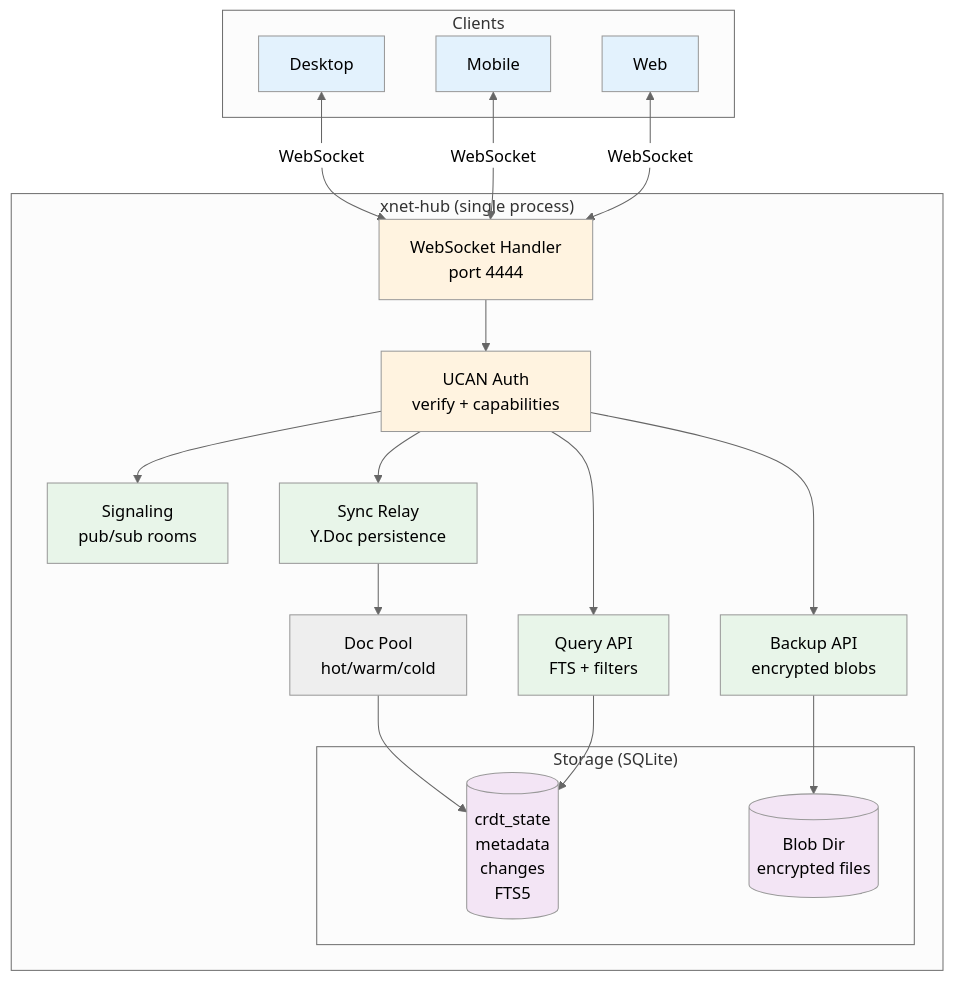
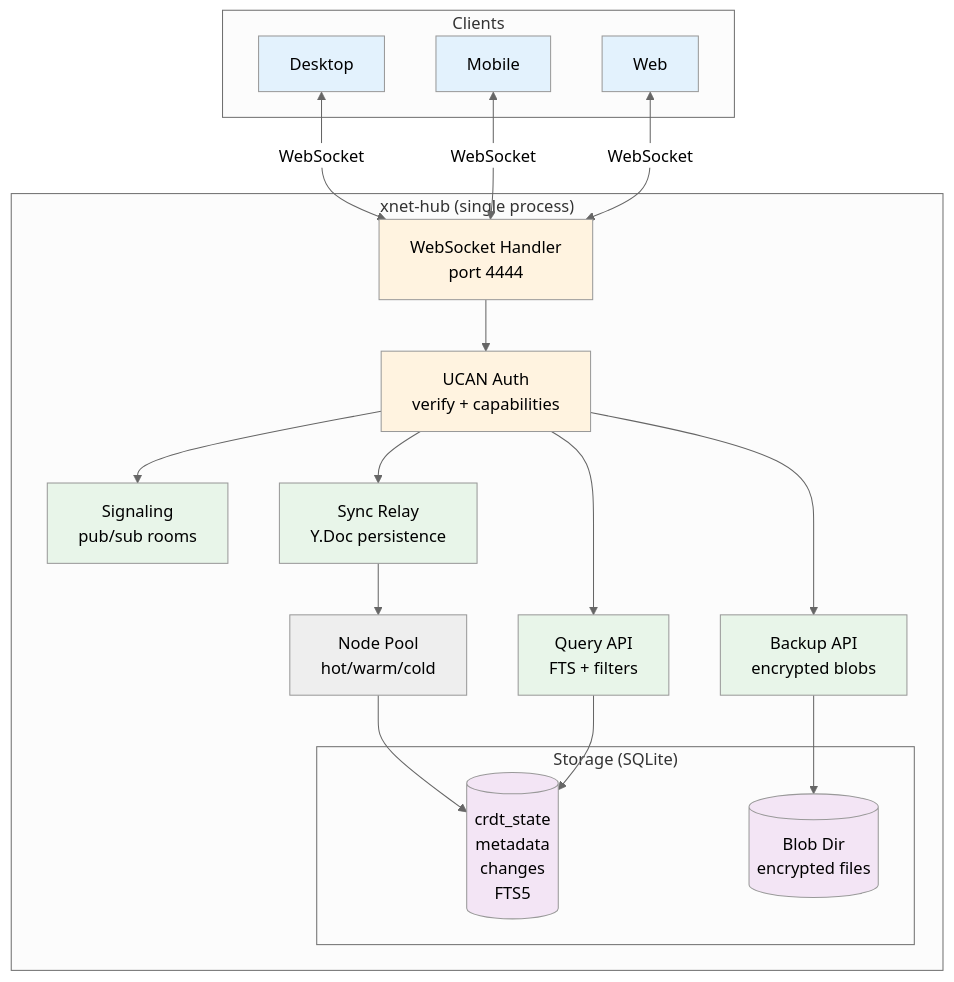
The diagram in docs/planStep03_8HubPhase1VPS/README.md (crs48/xNet), drawn with Mermaid (neutral theme) before and after one commit. The commit also changed other lines of this file and 34 other files, not shown here.

````diff
--- a/docs/planStep03_8HubPhase1VPS/README.md
+++ b/docs/planStep03_8HubPhase1VPS/README.md
@@ -37,53 +37,53 @@
 ```mermaid
 flowchart TB
     subgraph "Clients"
         C1[Desktop]
         C2[Mobile]
         C3[Web]
     end
 
     subgraph "xnet-hub (single process)"
         WS[WebSocket Handler<br/>port 4444]
 
         AUTH[UCAN Auth<br/>verify + capabilities]
 
         SIG[Signaling<br/>pub/sub rooms]
         RELAY[Sync Relay<br/>Y.Doc persistence]
         BACKUP[Backup API<br/>encrypted blobs]
         QUERY[Query API<br/>FTS + filters]
 
         WS --> AUTH
         AUTH --> SIG
         AUTH --> RELAY
         AUTH --> BACKUP
         AUTH --> QUERY
 
-        POOL[Doc Pool<br/>hot/warm/cold]
+        POOL[Node Pool<br/>hot/warm/cold]
         RELAY --> POOL
 
         subgraph "Storage (SQLite)"
             DB[(crdt_state<br/>metadata<br/>changes<br/>FTS5)]
             BLOBS[(Blob Dir<br/>encrypted files)]
         end
 
         POOL --> DB
         BACKUP --> BLOBS
         QUERY --> DB
     end
 
     C1 <-->|WebSocket| WS
     C2 <-->|WebSocket| WS
     C3 <-->|WebSocket| WS
 
     style C1 fill:#e3f2fd
     style C2 fill:#e3f2fd
     style C3 fill:#e3f2fd
     style WS fill:#fff3e0
     style AUTH fill:#fff3e0
     style SIG fill:#e8f5e9
     style RELAY fill:#e8f5e9
     style BACKUP fill:#e8f5e9
     style QUERY fill:#e8f5e9
     style DB fill:#f3e5f5
     style BLOBS fill:#f3e5f5
 ```
````
